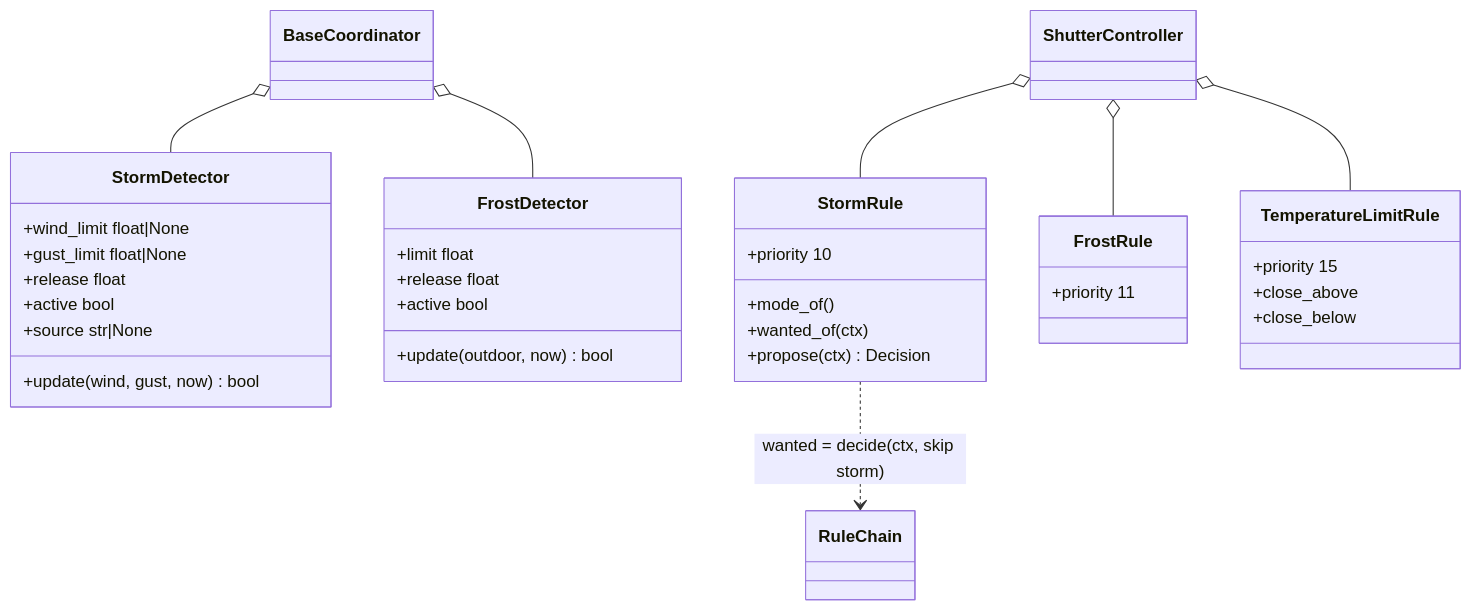
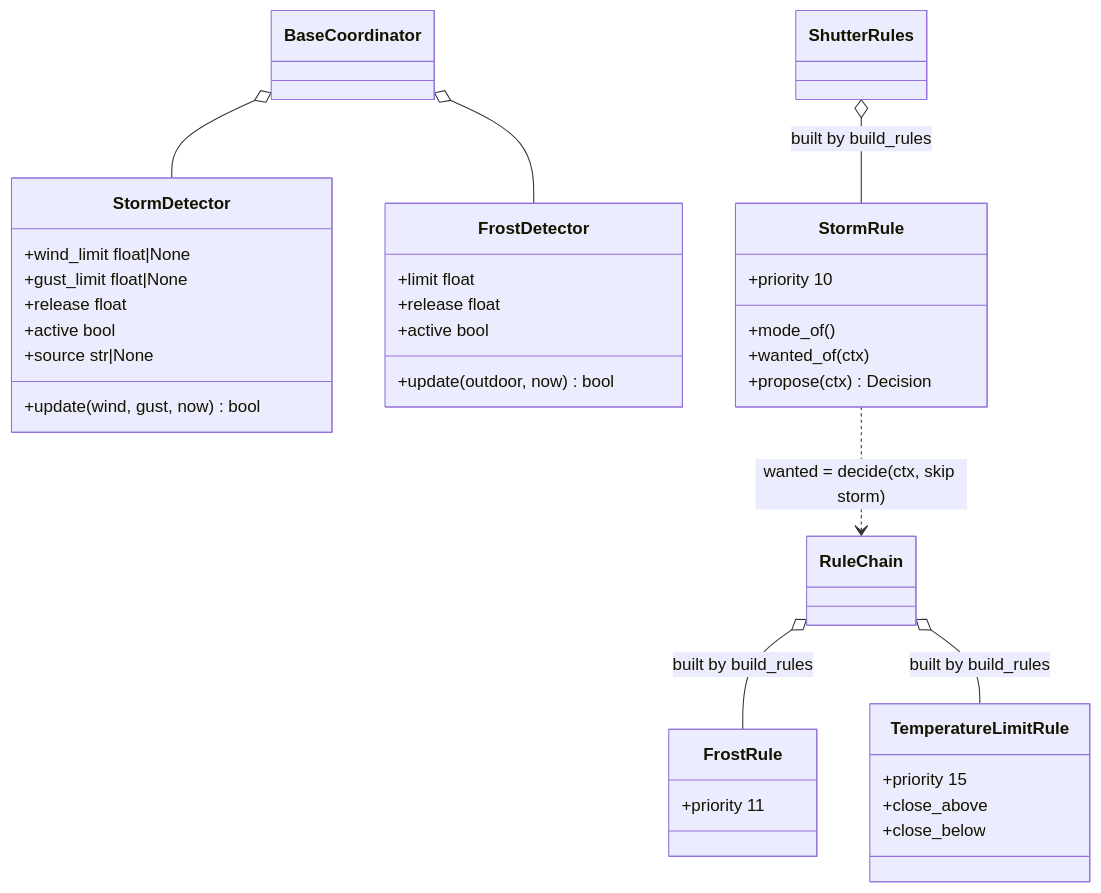
One commit to abroeders/smart-shutter-control changed diagram 17 of 46 in docs/architecture.md. Above: the diagram before and after it, drawn with Mermaid. The commit also changed other lines of this file and 35 other files, not shown here.

````diff
--- a/docs/architecture.md
+++ b/docs/architecture.md
@@ -679,37 +683,37 @@
 ```mermaid
 classDiagram
     class StormDetector {
         +wind_limit float|None
         +gust_limit float|None
         +release float
         +active bool
         +source str|None
         +update(wind, gust, now) bool
     }
     class FrostDetector {
         +limit float
         +release float
         +active bool
         +update(outdoor, now) bool
     }
     class StormRule {
         +priority 10
         +mode_of()
         +wanted_of(ctx)
         +propose(ctx) Decision
     }
     class FrostRule {
         +priority 11
     }
     class TemperatureLimitRule {
         +priority 15
         +close_above
         +close_below
     }
     BaseCoordinator o-- StormDetector
     BaseCoordinator o-- FrostDetector
-    ShutterController o-- StormRule
-    ShutterController o-- FrostRule
-    ShutterController o-- TemperatureLimitRule
+    ShutterRules o-- StormRule : built by build_rules
+    RuleChain o-- FrostRule : built by build_rules
+    RuleChain o-- TemperatureLimitRule : built by build_rules
     StormRule ..> RuleChain : wanted = decide(ctx, skip storm)
 ```
````
